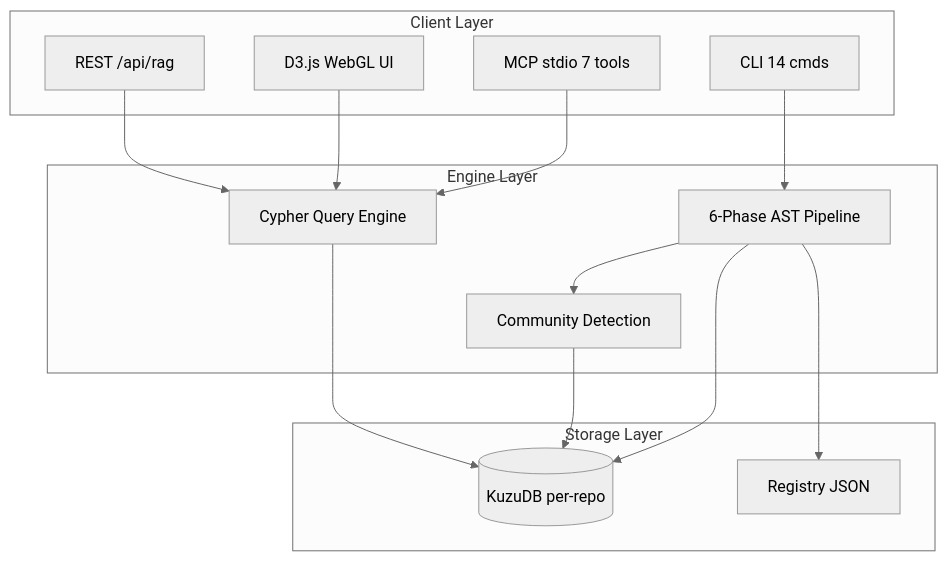
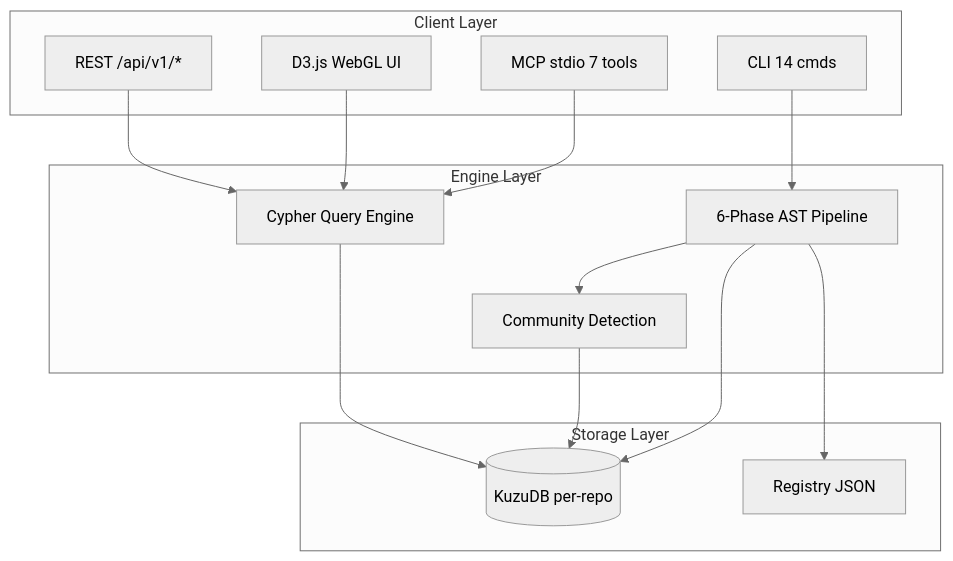
One commit to MARUCIE/cognebula-enterprise changed the first of 2 diagrams in doc/00_project/initiative_cognebula_sota/SYSTEM_ARCHITECTURE.md. Above: the diagram before and after it, drawn with Mermaid (neutral theme). The commit also changed other lines of this file and 3 other files, not shown here.

````diff
--- a/doc/00_project/initiative_cognebula_sota/SYSTEM_ARCHITECTURE.md
+++ b/doc/00_project/initiative_cognebula_sota/SYSTEM_ARCHITECTURE.md
@@ -11,30 +13,30 @@
 ```mermaid
 graph TB
     subgraph "Client Layer"
         CLI[CLI 14 cmds]
         MCP[MCP stdio 7 tools]
         WEB[D3.js WebGL UI]
-        API[REST /api/rag]
+        API[REST /api/v1/*]
     end
 
     subgraph "Engine Layer"
         PIPE[6-Phase AST Pipeline]
         COMM[Community Detection]
         QE[Cypher Query Engine]
     end
 
     subgraph "Storage Layer"
         KUZU[(KuzuDB per-repo)]
         REG[Registry JSON]
     end
 
     CLI --> PIPE
     MCP --> QE
     WEB --> QE
     API --> QE
     PIPE --> KUZU
     PIPE --> COMM
     COMM --> KUZU
     QE --> KUZU
     PIPE --> REG
 ```
````
